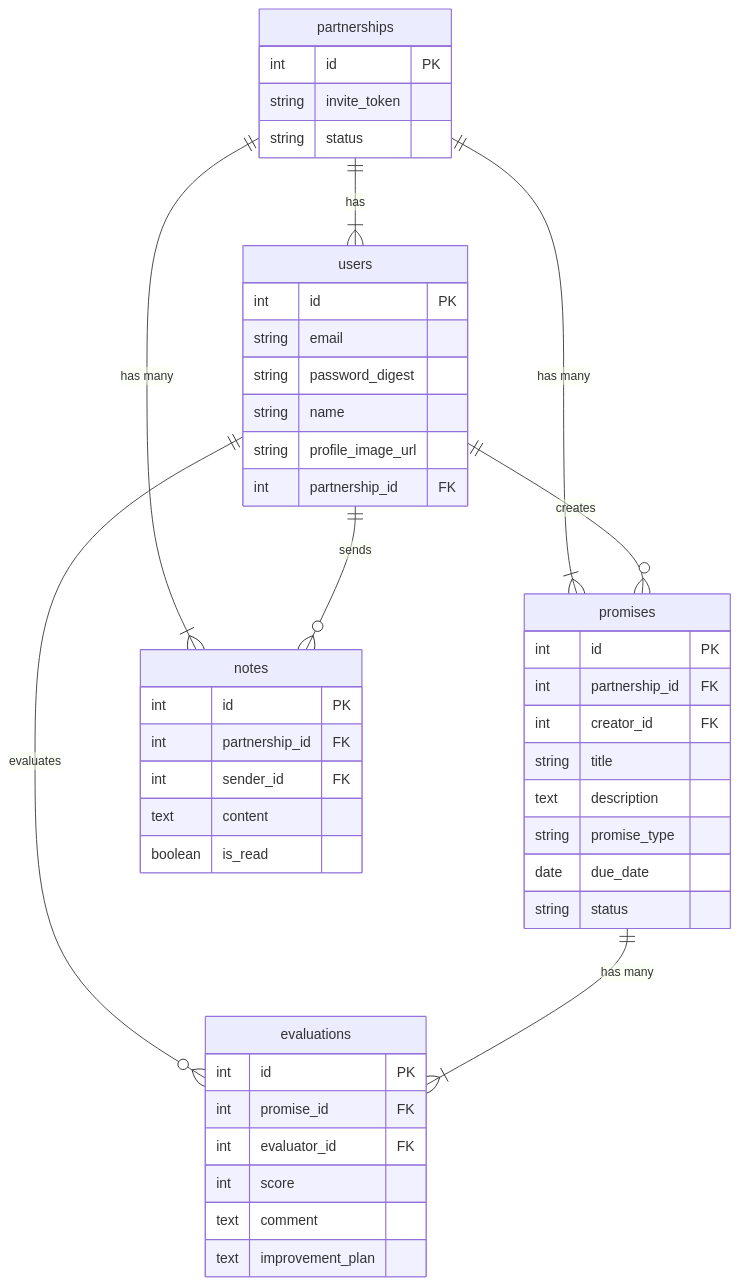
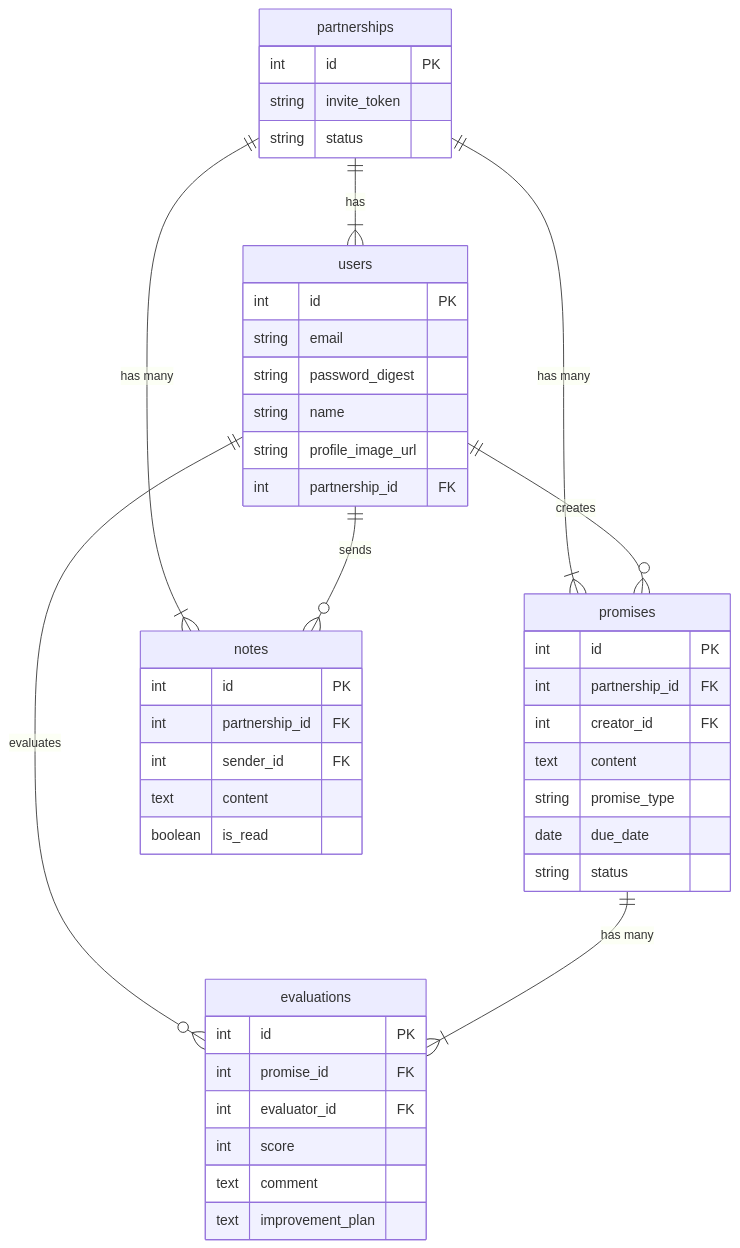
Before and after one commit to compile425/yubikirigennmann: the eighth of 8 diagrams in documents/design.md, drawn with Mermaid. The commit also changed other lines of this file, not shown here.

````diff
--- a/documents/design.md
+++ b/documents/design.md
@@ -195,55 +198,54 @@
 ```mermaid
 erDiagram
     %% --- 関係性の定義 ---
     partnerships ||--|{ users : "has"
     partnerships ||--|{ promises : "has many"
     partnerships ||--|{ notes : "has many"
     users ||--o{ promises : "creates"
     users ||--o{ evaluations : "evaluates"
     users ||--o{ notes : "sends"
     promises ||--|{ evaluations : "has many"
 
     %% --- テーブル（エンティティ）の定義 ---
     users {
         int id "PK"
         string email
         string password_digest
         string name
         string profile_image_url
         int partnership_id "FK"
     }
 
     partnerships {
         int id "PK"
         string invite_token
         string status
     }
 
     promises {
         int id "PK"
         int partnership_id "FK"
         int creator_id "FK"
-        string title
-        text description
+        text content
         string promise_type
         date due_date
         string status
     }
 
     evaluations {
         int id "PK"
         int promise_id "FK"
         int evaluator_id "FK"
         int score
         text comment
         text improvement_plan
     }
 
     notes {
         int id "PK"
         int partnership_id "FK"
         int sender_id "FK"
         text content
         boolean is_read
     }
 ```
````
